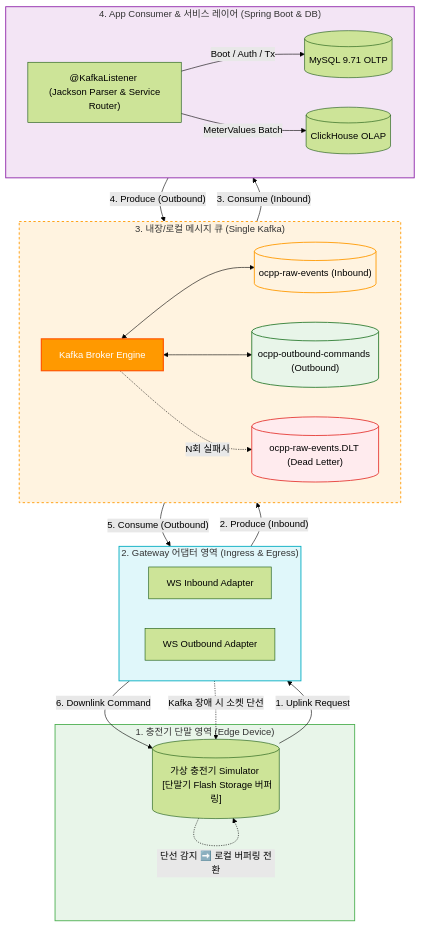
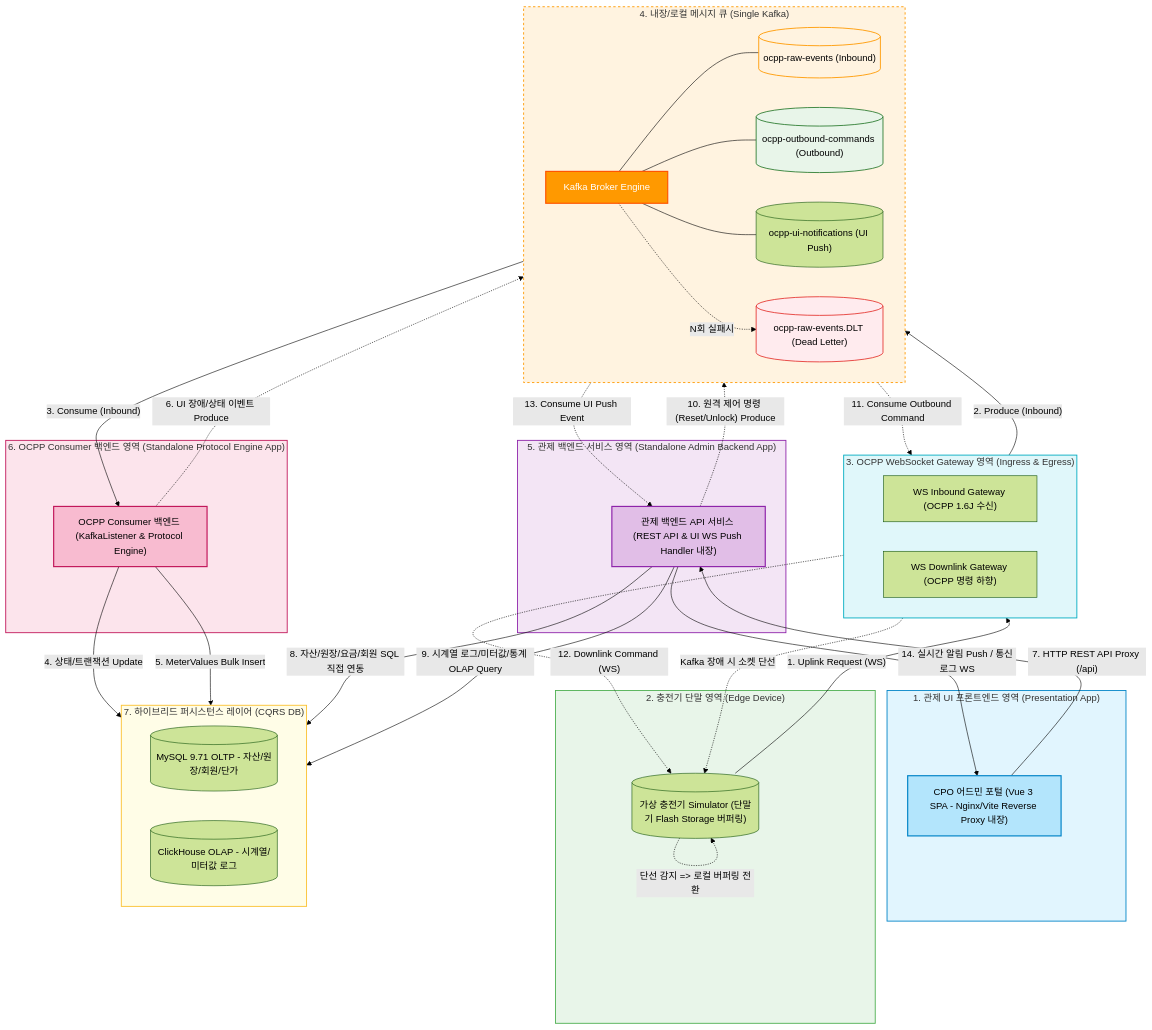
Before and after one commit to h2y-hyhong2/h2y-ocpp: the second of 2 diagrams in doc/01.standard_solution/05.poc.md, drawn with Mermaid (forest theme). The commit also changed other lines of this file and 1 other file, not shown here.

Commit message:
수정

````diff
--- a/doc/01.standard_solution/05.poc.md
+++ b/doc/01.standard_solution/05.poc.md
@@ -233,56 +237,85 @@
 ```mermaid
 flowchart TD
-    subgraph Zone1 ["1. 충전기 단말 영역 (Edge Device)"]
-        CP[("가상 충전기 Simulator <br> [단말기 Flash Storage 버퍼링]")]
+    subgraph Zone1 ["1. 관제 UI 프론트엔드 영역 (Presentation App)"]
+        UI["CPO 어드민 포털 (Vue 3 SPA - Nginx/Vite Reverse Proxy 내장)"]
     end
 
-    subgraph Zone2 ["2. Gateway 어댑터 영역 (Ingress & Egress)"]
-        direction LR
-        WS_In["WS Inbound Adapter"]
-        WS_Out["WS Outbound Adapter"]
+    subgraph Zone2 ["2. 충전기 단말 영역 (Edge Device)"]
+        CP[("가상 충전기 Simulator (단말기 Flash Storage 버퍼링)")]
     end
 
-    subgraph Zone3 ["3. 내장/로컬 메시지 큐 (Single Kafka)"]
+    subgraph Zone3 ["3. OCPP WebSocket Gateway 영역 (Ingress & Egress)"]
+        direction LR
+        WS_In["WS Inbound Gateway (OCPP 1.6J 수신)"]
+        WS_Out["WS Downlink Gateway (OCPP 명령 하향)"]
+    end
+
+    subgraph Zone4 ["4. 내장/로컬 메시지 큐 (Single Kafka)"]
         direction LR
         Broker["Kafka Broker Engine"]
         Topic_In[("ocpp-raw-events (Inbound)")]
         Topic_Out[("ocpp-outbound-commands (Outbound)")]
+        Topic_Push[("ocpp-ui-notifications (UI Push)")]
         DLT[("ocpp-raw-events.DLT (Dead Letter)")]
 
-        Broker <--> Topic_In
-        Broker <--> Topic_Out
-        Broker -.->|N회 실패시| DLT
+        Broker --- Topic_In
+        Broker --- Topic_Out
+        Broker --- Topic_Push
+        Broker -.->|"N회 실패시"| DLT
     end
 
-    subgraph Zone4 ["4. App Consumer & 서비스 레이어 (Spring Boot & DB)"]
-        direction LR
-        Trans["@KafkaListener <br> (Jackson Parser & Service Router)"]
-        PG[(MySQL 9.71 OLTP)]
-        CH[(ClickHouse OLAP)]
-
-        Trans -->|Boot / Auth / Tx| PG
-        Trans -->|MeterValues Batch| CH
+    subgraph Zone5 ["5. 관제 백엔드 서비스 영역 (Standalone Admin Backend App)"]
+        AdminBackend["관제 백엔드 API 서비스 (REST API & UI WS Push Handler 내장)"]
     end
 
-    %% 데이터 흐름 (Top-Left Charger -> Gateway -> Kafka -> Consumer/DB)
-    CP -->|"1. Uplink Request"| WS_In
+    subgraph Zone6 ["6. OCPP Consumer 백엔드 영역 (Standalone Protocol Engine App)"]
+        ProtocolBackend["OCPP Consumer 백엔드 (KafkaListener & Protocol Engine)"]
+    end
+
+    subgraph Zone7 ["7. 하이브리드 퍼시스턴스 레이어 (CQRS DB)"]
+        direction LR
+        PG[(MySQL 9.71 OLTP - 자산/원장/회원/단가)]
+        CH[(ClickHouse OLAP - 시계열/미터값 로그)]
+    end
+
+    %% 데이터 흐름 1: 충전기 -> WS Gateway -> Kafka -> Consumer -> DB
+    CP -->|"1. Uplink Request (WS)"| WS_In
     WS_In -->|"2. Produce (Inbound)"| Broker
-    Broker -->|"3. Consume (Inbound)"| Trans
+    Broker -->|"3. Consume (Inbound)"| ProtocolBackend
 
-    Trans -->|"4. Produce (Outbound)"| Broker
-    Broker -->|"5. Consume (Outbound)"| WS_Out
-    WS_Out -->|"6. Downlink Command"| CP
+    ProtocolBackend -->|"4. 상태/트랜잭션 Update"| PG
+    ProtocolBackend -->|"5. MeterValues Bulk Insert"| CH
+    ProtocolBackend -.->|"6. UI 장애/상태 이벤트 Produce"| Broker
+
+    %% 데이터 흐름 2: 프론트엔드 Nginx Reverse Proxy -> 관제 백엔드 -> DB (MySQL & ClickHouse) / Kafka Outbound
+    UI -->|"7. HTTP REST API Proxy (/api)"| AdminBackend
+    AdminBackend -->|"8. 자산/원장/요금/회원 SQL 직접 연동"| PG
+    AdminBackend -->|"9. 시계열 로그/미터값/통계 OLAP Query"| CH
+
+    AdminBackend -.->|"10. 원격 제어 명령 (Reset/Unlock) Produce"| Broker
+    Broker -.->|"11. Consume Outbound Command"| WS_Out
+    WS_Out -.->|"12. Downlink Command (WS)"| CP
+
+    %% 데이터 흐름 3: Kafka UI Push Topic -> 관제 백엔드 UI WS Handler -> UI Push
+    Broker -.->|"13. Consume UI Push Event"| AdminBackend
+    AdminBackend -->|"14. 실시간 알림 Push / 통신로그 WS"| UI
 
     %% 장애 처리 (Kafka Failover)
     WS_In -.->|"Kafka 장애 시 소켓 단선"| CP
-    CP -.->|"단선 감지 ➡️ 로컬 버퍼링 전환"| CP
+    CP -.->|"단선 감지 => 로컬 버퍼링 전환"| CP
 
     %% 스타일링
-    style Zone1 fill:#e8f5e9,stroke:#4caf50,stroke-width:1.5px
-    style Zone2 fill:#e0f7fa,stroke:#00acc1,stroke-width:1.5px
-    style Zone3 fill:#fff3e0,stroke:#ff9900,stroke-width:1.5px,stroke-dasharray: 4 4
-    style Zone4 fill:#f3e5f5,stroke:#8e24aa,stroke-width:1.5px
+    style Zone1 fill:#e1f5fe,stroke:#0284c7,stroke-width:1.5px
+    style Zone2 fill:#e8f5e9,stroke:#4caf50,stroke-width:1.5px
+    style Zone3 fill:#e0f7fa,stroke:#00acc1,stroke-width:1.5px
+    style Zone4 fill:#fff3e0,stroke:#ff9900,stroke-width:1.5px,stroke-dasharray: 4 4
+    style Zone5 fill:#f3e5f5,stroke:#8e24aa,stroke-width:1.5px
+    style Zone6 fill:#fce4ec,stroke:#c2185b,stroke-width:1.5px
+    style Zone7 fill:#fffde7,stroke:#fbc02d,stroke-width:1.5px
 
+    style UI fill:#b3e5fc,stroke:#0284c7,stroke-width:2px
+    style AdminBackend fill:#e1bee7,stroke:#8e24aa,stroke-width:2px
+    style ProtocolBackend fill:#f8bbd0,stroke:#c2185b,stroke-width:2px
     style Broker fill:#ff9900,stroke:#ff5500,stroke-width:2px,color:#fff
     style Topic_In fill:#fff3e0,stroke:#ff9900,stroke-width:1.5px
     style Topic_Out fill:#e8f5e9,stroke:#2e7d32,stroke-width:1.5px
````
